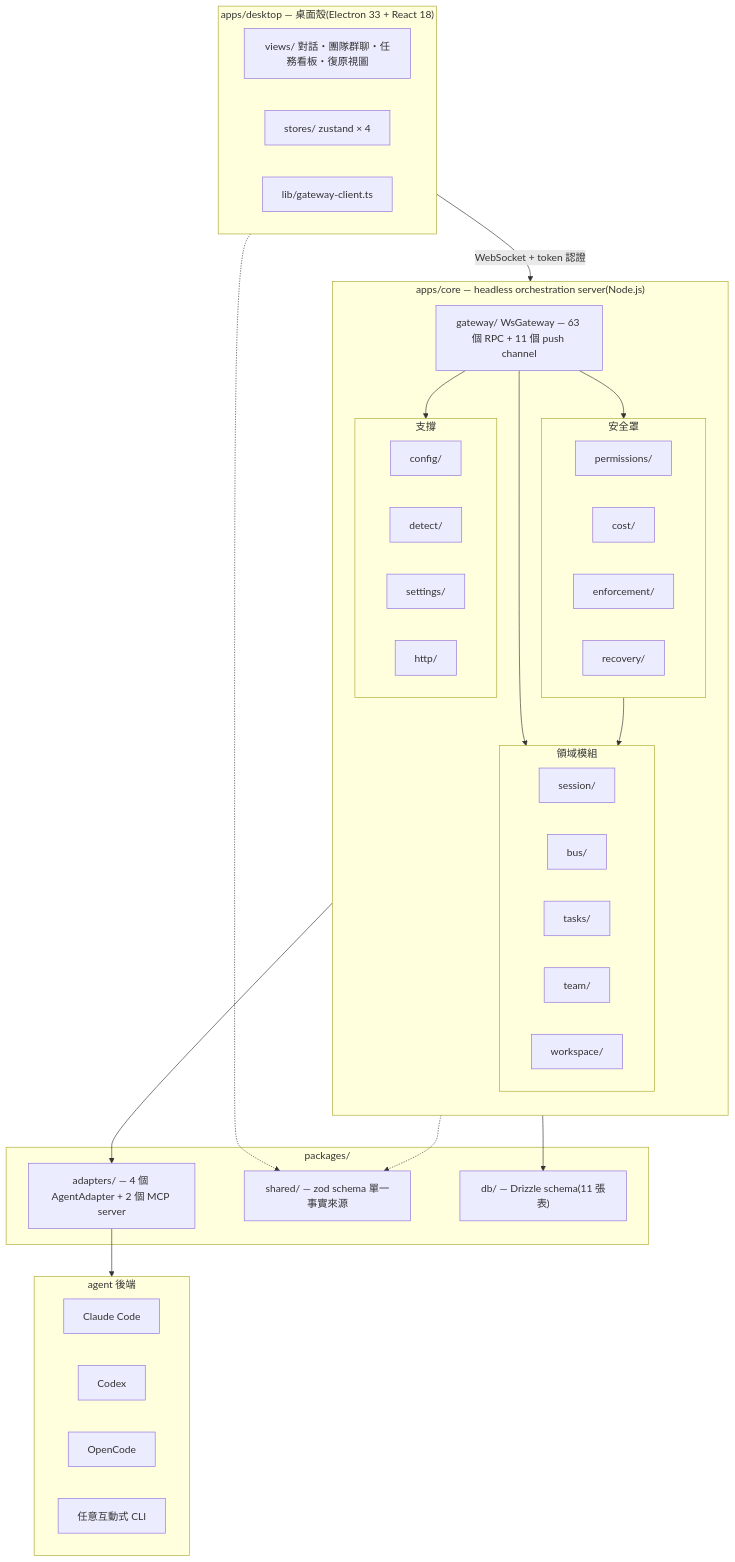
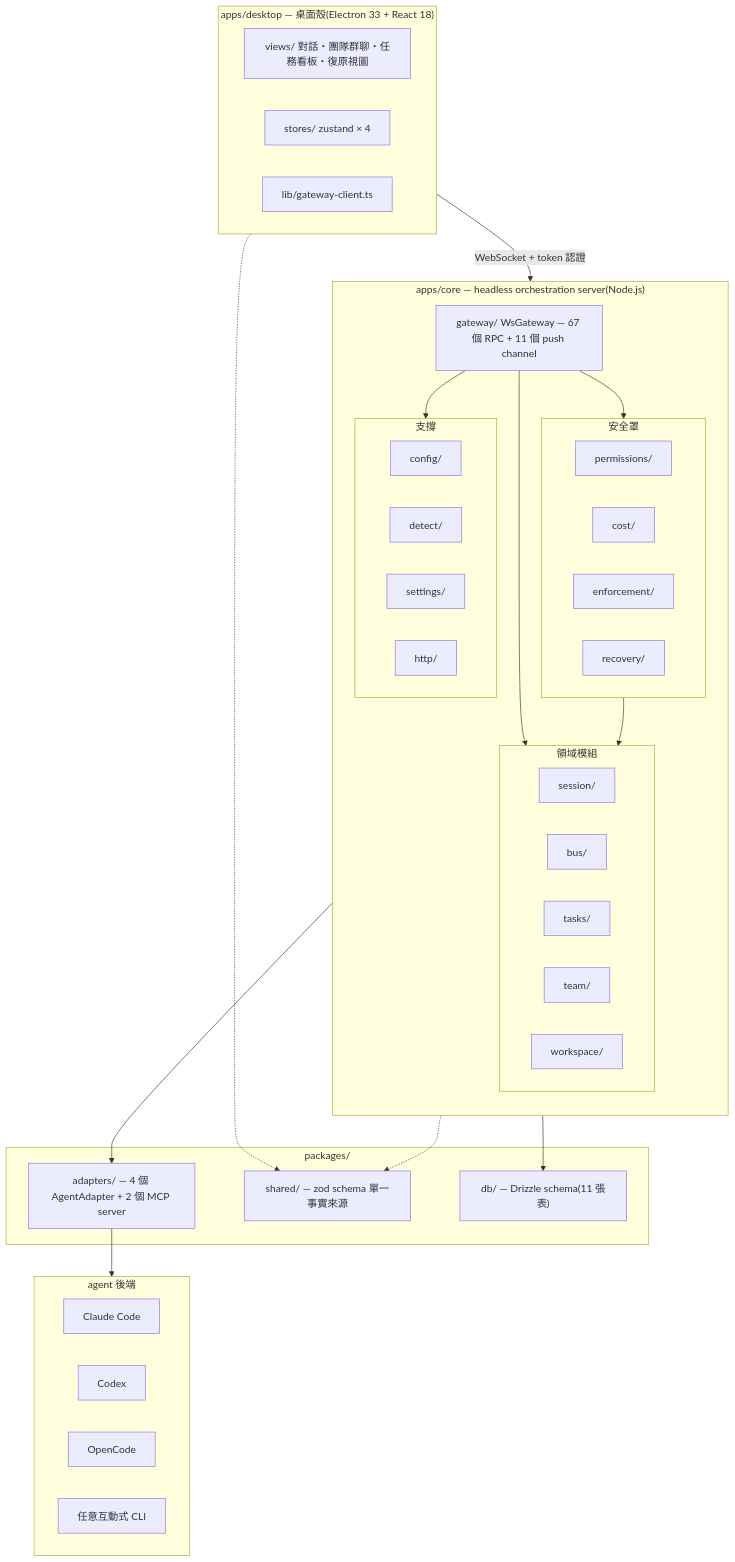
The first of 6 diagrams in docs/ARCHITECTURE.md (xing-101729/deskmony), drawn with Mermaid before and after one commit. The commit also changed other lines of this file and 10 other files, not shown here.

````diff
--- a/docs/ARCHITECTURE.md
+++ b/docs/ARCHITECTURE.md
@@ -44,61 +45,61 @@
 ```mermaid
 flowchart TB
     subgraph SHELL["apps/desktop — 桌面殼(Electron 33 + React 18)"]
         direction LR
         Views["views/ 對話・團隊群聊・任務看板・復原視圖"]
         Stores["stores/ zustand × 4"]
         GWC["lib/gateway-client.ts"]
     end
 
     subgraph CORE["apps/core — headless orchestration server(Node.js)"]
         direction TB
-        GW["gateway/ WsGateway — 63 個 RPC + 11 個 push channel"]
+        GW["gateway/ WsGateway — 67 個 RPC + 11 個 push channel"]
         subgraph DOMAIN["領域模組"]
             direction LR
             Sess["session/"]
             Bus["bus/"]
             Task["tasks/"]
             Team["team/"]
             Work["workspace/"]
         end
         subgraph SHIELD["安全罩"]
             direction LR
             Perm["permissions/"]
             Cost["cost/"]
             Enf["enforcement/"]
             Rec["recovery/"]
         end
         subgraph SUPPORT["支撐"]
             direction LR
             Cfg["config/"]
             Det["detect/"]
             Set["settings/"]
             Http["http/"]
         end
     end
 
     subgraph PKG["packages/"]
         Adapters["adapters/ — 4 個 AgentAdapter + 2 個 MCP server"]
         Shared["shared/ — zod schema 單一事實來源"]
         Db["db/ — Drizzle schema(11 張表)"]
     end
 
     subgraph BACKENDS["agent 後端"]
         direction LR
         CC["Claude Code"]
         CDX["Codex"]
         OCS["OpenCode"]
         ANY["任意互動式 CLI"]
     end
 
     SHELL -- "WebSocket + token 認證" --> GW
     GW --> DOMAIN
     GW --> SHIELD
     GW --> SUPPORT
     DOMAIN --> Adapters
     SHIELD --> DOMAIN
     CORE --> Db
     Adapters --> BACKENDS
     SHELL -.-> Shared
     CORE -.-> Shared
 ```
````
